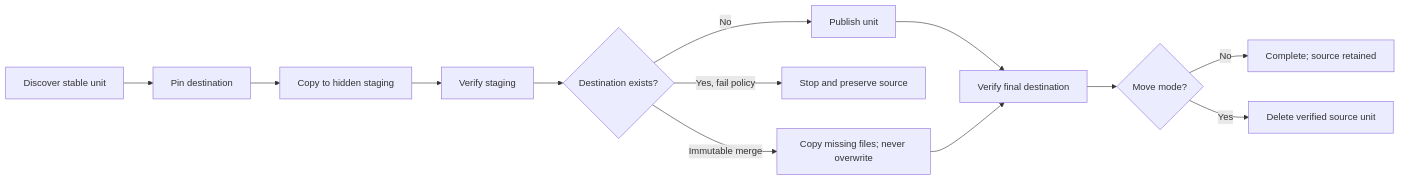
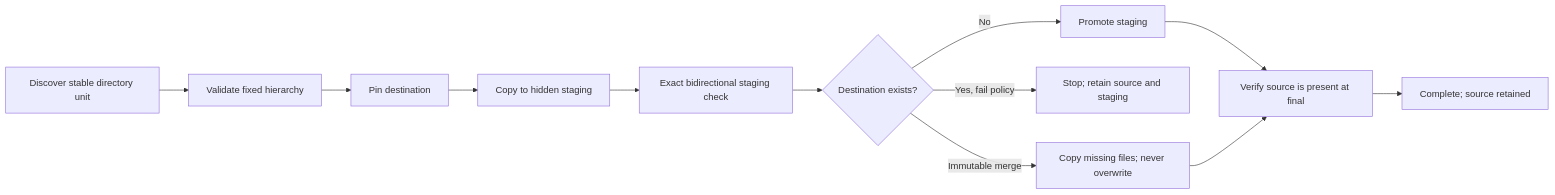
Before and after one commit to yuanweize/atomic-sync: the diagram in README.md, drawn with Mermaid. The commit also changed other lines of this file and 29 other files, not shown here.

````diff
--- a/README.md
+++ b/README.md
@@ -32,15 +32,14 @@
 ```mermaid
 flowchart LR
-  A[Discover stable unit] --> B[Pin destination]
-  B --> C[Copy to hidden staging]
-  C --> D[Verify staging]
-  D --> E{Destination exists?}
-  E -->|No| F[Publish unit]
-  E -->|Yes, fail policy| X[Stop and preserve source]
-  E -->|Immutable merge| G[Copy missing files; never overwrite]
-  F --> H[Verify final destination]
-  G --> H
-  H --> I{Move mode?}
-  I -->|No| J[Complete; source retained]
-  I -->|Yes| K[Delete verified source unit]
+  A[Discover stable directory unit] --> B[Validate fixed hierarchy]
+  B --> C[Pin destination]
+  C --> D[Copy to hidden staging]
+  D --> E[Exact bidirectional staging check]
+  E --> F{Destination exists?}
+  F -->|No| G[Promote staging]
+  F -->|Yes, fail policy| X[Stop; retain source and staging]
+  F -->|Immutable merge| H[Copy missing files; never overwrite]
+  G --> I[Verify source is present at final]
+  H --> I
+  I --> J[Complete; source retained]
 ```
````
